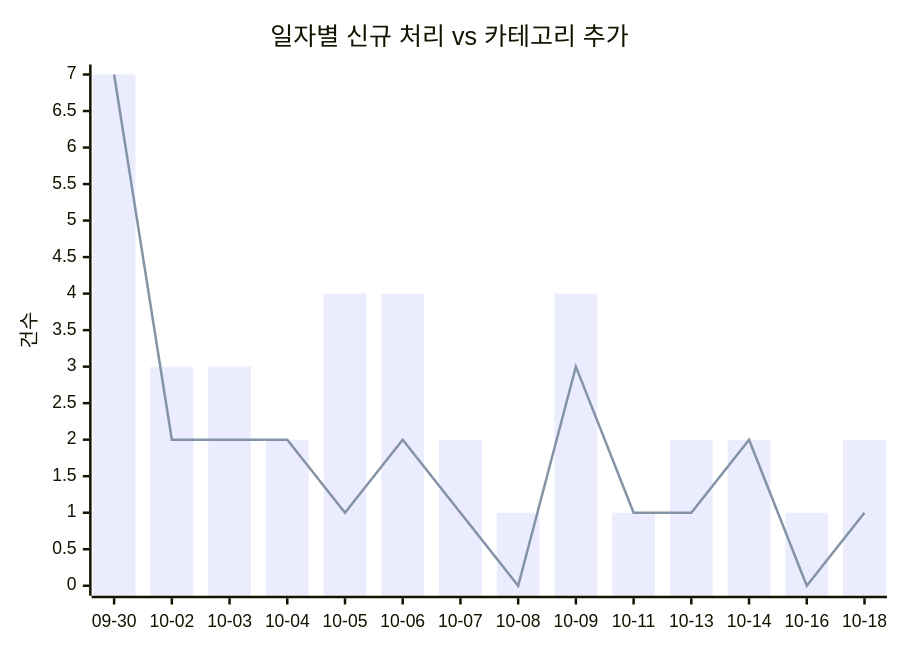
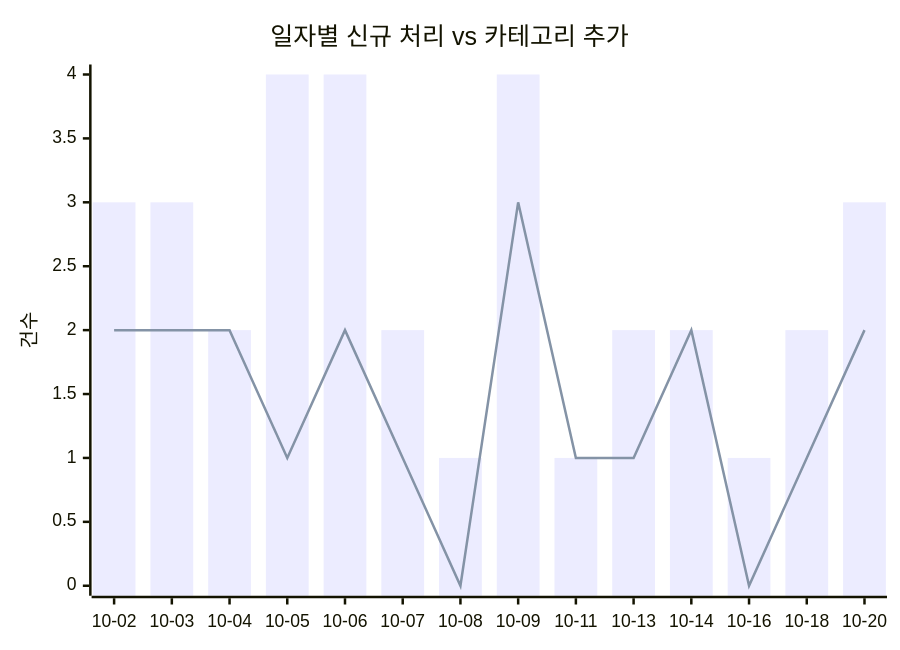
One commit to J-nowcow/awesome-korean-agent-skills changed the first of 2 diagrams in docs/trends.md. Above: the diagram before and after it, drawn with Mermaid. The commit also changed other lines of this file and 5 other files, not shown here.

````diff
--- a/docs/trends.md
+++ b/docs/trends.md
@@ -32,8 +32,8 @@
 ```mermaid
 xychart-beta
     title "일자별 신규 처리 vs 카테고리 추가"
-    x-axis ["09-30","10-02","10-03","10-04","10-05","10-06","10-07","10-08","10-09","10-11","10-13","10-14","10-16","10-18"]
+    x-axis ["10-02","10-03","10-04","10-05","10-06","10-07","10-08","10-09","10-11","10-13","10-14","10-16","10-18","10-20"]
     y-axis "건수"
-    bar [7,3,3,2,4,4,2,1,4,1,2,2,1,2]
-    line [7,2,2,2,1,2,1,0,3,1,1,2,0,1]
+    bar [3,3,2,4,4,2,1,4,1,2,2,1,2,3]
+    line [2,2,2,1,2,1,0,3,1,1,2,0,1,2]
 ```
````
